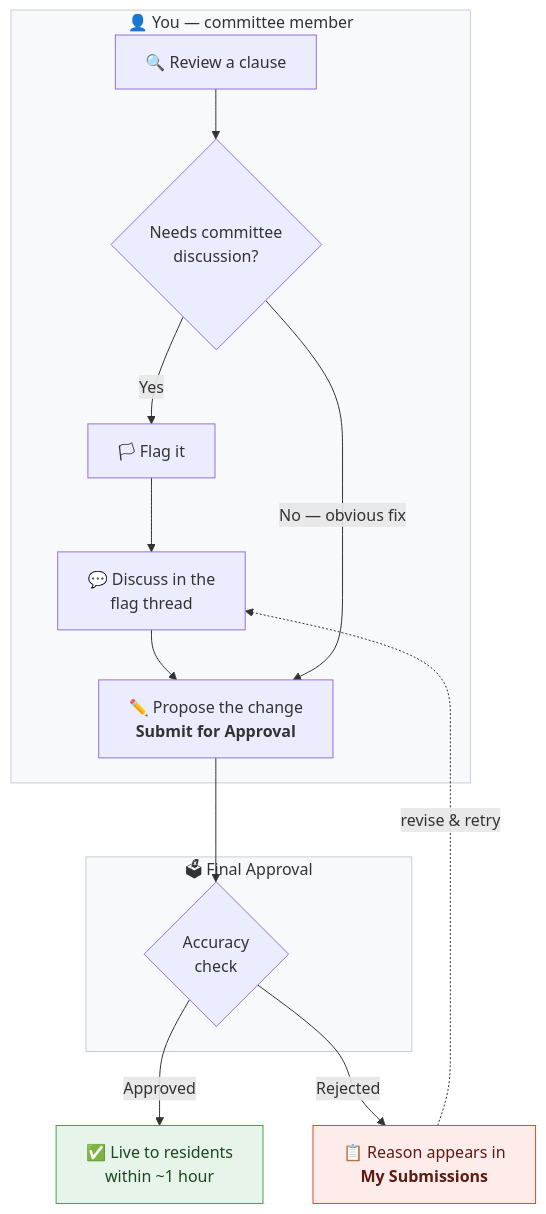
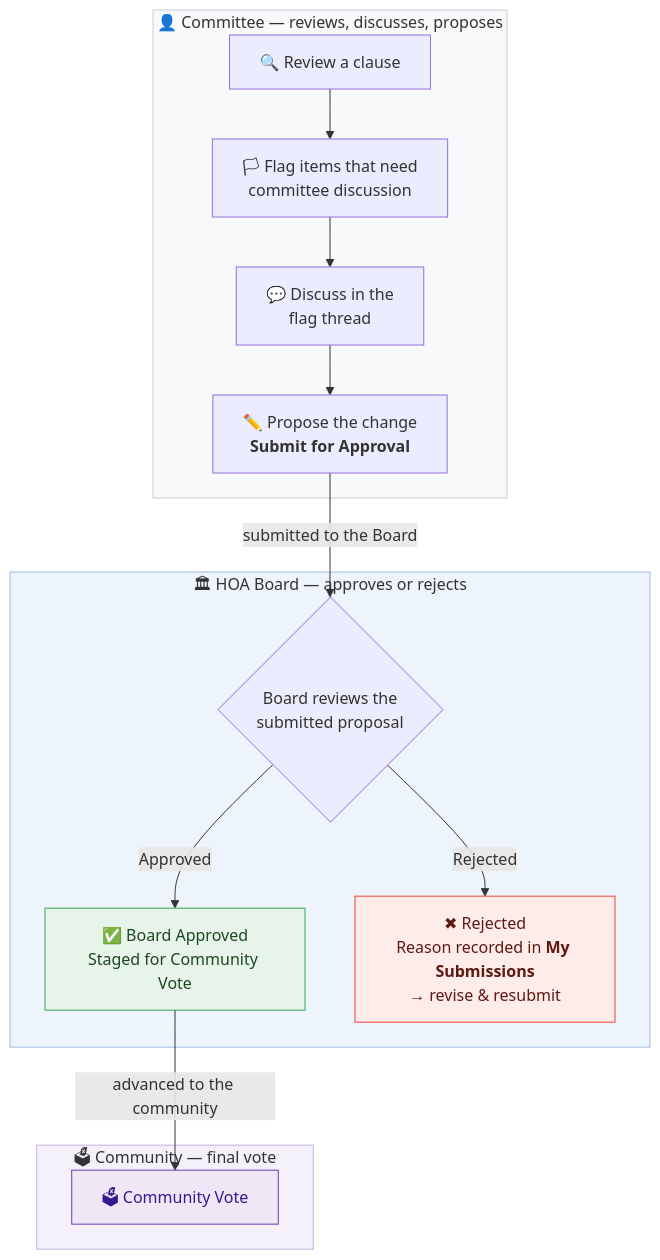
The diagram in MEMBER_WORKFLOW.md (tmasters2876/hoa-backend), drawn with Mermaid before and after one commit. The commit also changed other lines of this file and 6 other files, not shown here.

First line of the commit message:
Guide: governance workflow diagram — Committee → Board → Community Vote

````diff
--- a/MEMBER_WORKFLOW.md
+++ b/MEMBER_WORKFLOW.md
@@ -11,23 +11,28 @@
 ```mermaid
 flowchart TD
-    subgraph YOU["👤 You — committee member"]
-        A["🔍 Review a clause"] --> B{"Needs committee<br/>discussion?"}
-        B -->|Yes| C["🏳 Flag it"]
+    subgraph COMMITTEE["👤 Committee — reviews, discusses, proposes"]
+        A["🔍 Review a clause"] --> C["🏳 Flag items that need<br/>committee discussion"]
         C --> D["💬 Discuss in the<br/>flag thread"]
         D --> E["✏️ Propose the change<br/><b>Submit for Approval</b>"]
-        B -->|"No — obvious fix"| E
     end
 
-    subgraph APPROVAL["🗳 Final Approval"]
-        E --> F{"Accuracy<br/>check"}
+    subgraph BOARD["🏛 HOA Board — approves or rejects"]
+        F{"Board reviews the<br/>submitted proposal"}
+        F -->|Approved| G["✅ Board Approved<br/>Staged for Community Vote"]
+        F -->|Rejected| R["✖ Rejected<br/>Reason recorded in <b>My Submissions</b><br/>→ revise &amp; resubmit"]
     end
 
-    F -->|Approved| G["✅ Live to residents<br/>within ~1 hour"]
-    F -->|Rejected| H["📋 Reason appears in<br/><b>My Submissions</b>"]
-    H -.->|"revise & retry"| D
+    subgraph COMMUNITY["🗳 Community — final vote"]
+        V["🗳 Community Vote"]
+    end
+
+    E -->|"submitted to the Board"| F
+    G -->|"advanced to the community"| V
 
     style G fill:#e6f4ea,stroke:#34a853,color:#1e4620
-    style H fill:#fdecea,stroke:#ea4335,color:#5f1a12
-    style YOU fill:#f8f9fb,stroke:#c9cdd6
-    style APPROVAL fill:#f8f9fb,stroke:#c9cdd6
+    style R fill:#fdecea,stroke:#ea4335,color:#5f1a12
+    style V fill:#ede7f6,stroke:#673ab7,color:#311b92
+    style COMMITTEE fill:#f8f9fb,stroke:#c9cdd6
+    style BOARD fill:#eef4fb,stroke:#9fbbe0
+    style COMMUNITY fill:#f5f1fb,stroke:#c3b1e1
 ```
````
